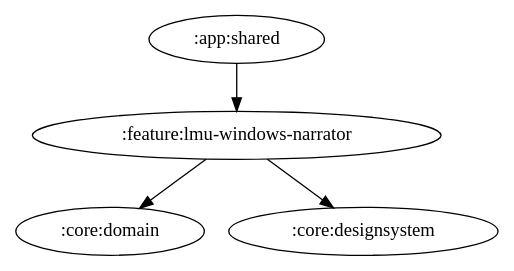
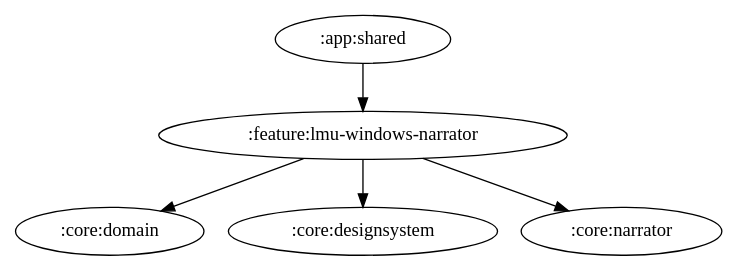
The diagram in docs/graphs/feature-lmu-windows-narrator.gv (ai-kurou/KoDriver), drawn with Graphviz before and after one commit. The commit also changed 9 other files, not shown here.

Commit message:
chore: update module graph images

```diff
--- a/docs/graphs/feature-lmu-windows-narrator.gv
+++ b/docs/graphs/feature-lmu-windows-narrator.gv
@@ -1,6 +1,7 @@
 digraph G {
   rankdir=TB
   ":app:shared" -> ":feature:lmu-windows-narrator"
   ":feature:lmu-windows-narrator" -> ":core:domain"
   ":feature:lmu-windows-narrator" -> ":core:designsystem"
+  ":feature:lmu-windows-narrator" -> ":core:narrator"
 }
```
